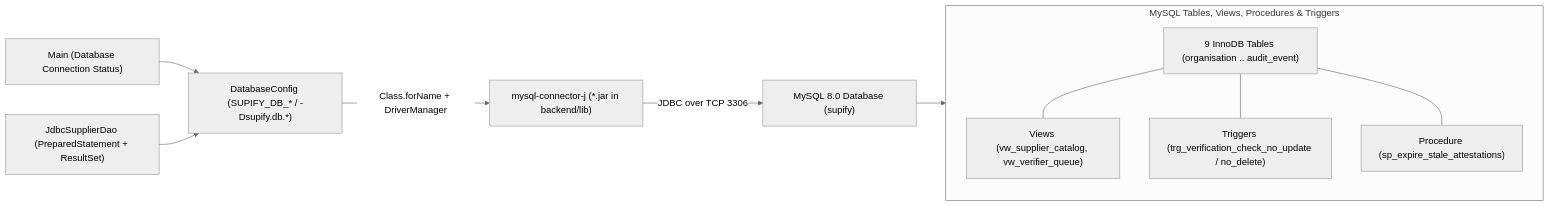
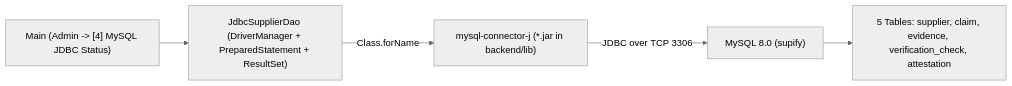
One commit to ArchitSublok/supify changed the second of 2 diagrams in docs/database-architecture.md. Above: the diagram before and after it, drawn with Mermaid (neutral theme). The commit also changed other lines of this file and 38 other files, not shown here.

Commit message:
Simplify Java backend to 4 packages (15 files) and MySQL to 5 tables

````diff
--- a/docs/database-architecture.md
+++ b/docs/database-architecture.md
@@ -146,21 +78,7 @@
 ```mermaid
 flowchart LR
-    CLI["Main (Database Connection Status)"] --> CFG["DatabaseConfig (SUPIFY_DB_* / -Dsupify.db.*)"]
-    DAO["JdbcSupplierDao (PreparedStatement + ResultSet)"] --> CFG
-    CFG -->|"Class.forName + DriverManager"| DRV["mysql-connector-j (*.jar in backend/lib)"]
-
-    DRV -->|"JDBC over TCP 3306"| DB["MySQL 8.0 Database (supify)"]
-
-    subgraph DBObjects["MySQL Tables, Views, Procedures & Triggers"]
-        direction TB
-        TBL["9 InnoDB Tables (organisation .. audit_event)"]
-        VW["Views (vw_supplier_catalog, vw_verifier_queue)"]
-        TRG["Triggers (trg_verification_check_no_update / no_delete)"]
-        SP["Procedure (sp_expire_stale_attestations)"]
-        TBL --- VW
-        TBL --- TRG
-        TBL --- SP
-    end
-
-    DB --> DBObjects
+    CLI["Main (Admin -> [4] MySQL JDBC Status)"] --> DAO["JdbcSupplierDao (DriverManager + PreparedStatement + ResultSet)"]
+    DAO -->|"Class.forName"| DRV["mysql-connector-j (*.jar in backend/lib)"]
+    DRV -->|"JDBC over TCP 3306"| DB["MySQL 8.0 (supify)"]
+    DB --> TBL["5 Tables: supplier, claim, evidence, verification_check, attestation"]
 ```
````
